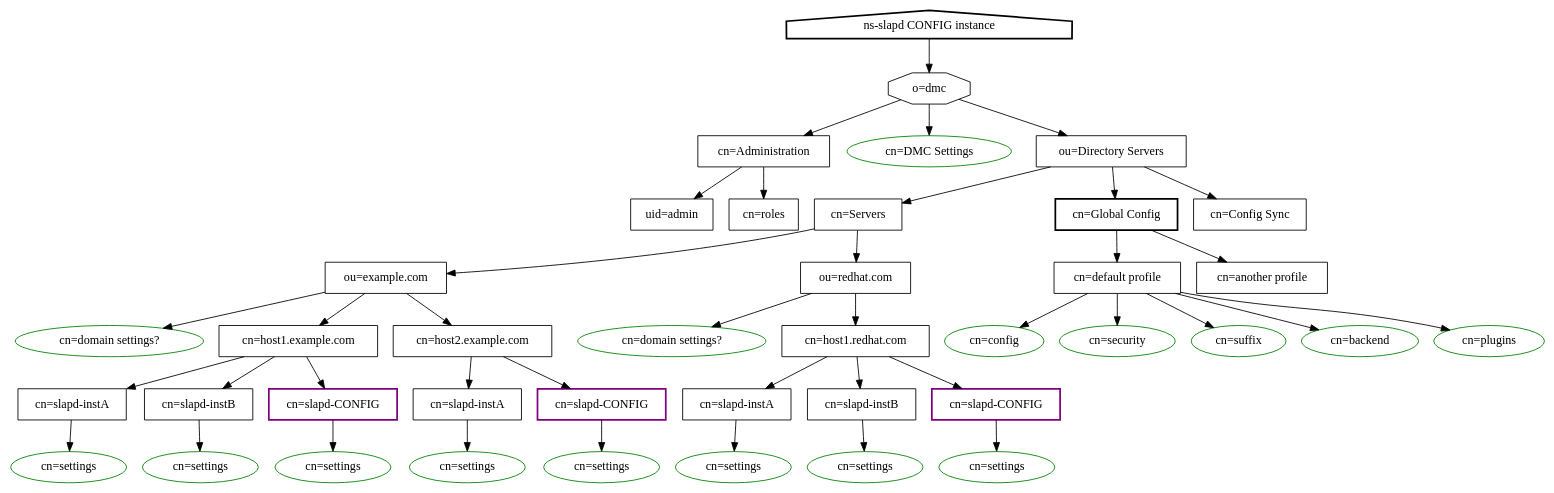
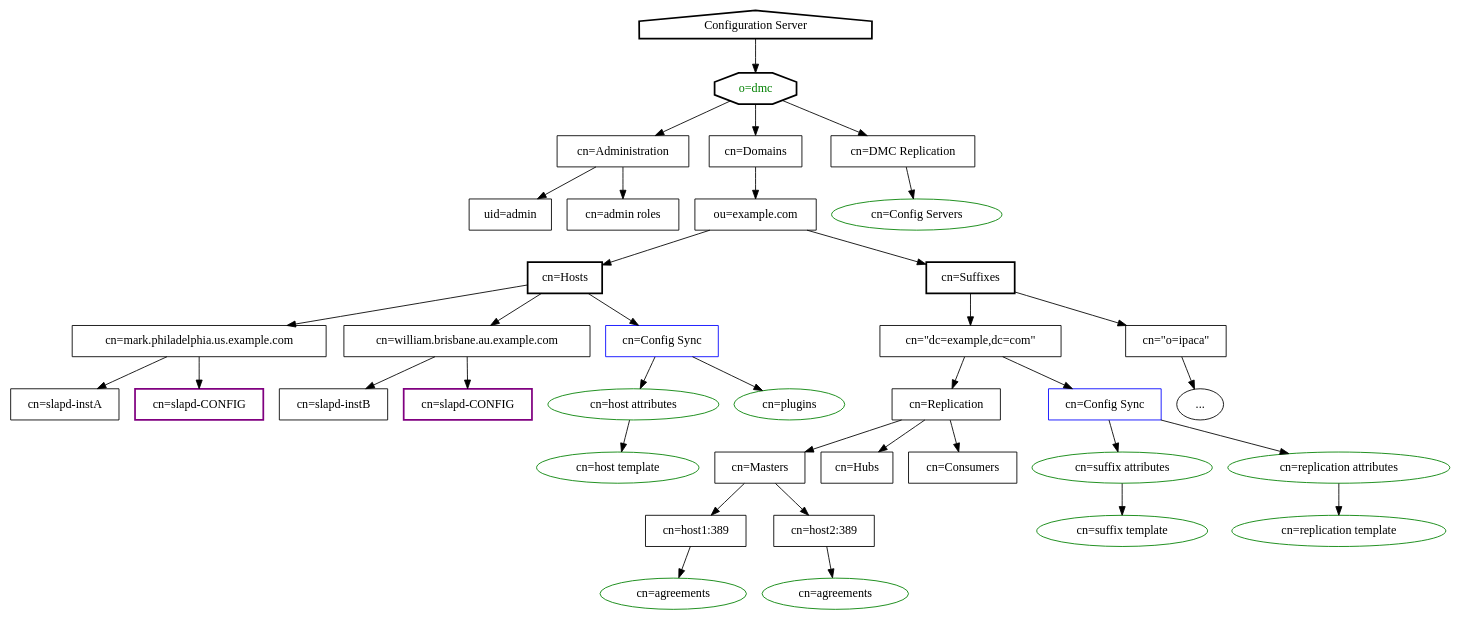
One commit to 389ds/389ds.github.io changed the diagram in images_src/marks_dmc_tree.dot. Above: the diagram before and after it, drawn with Graphviz. The commit also changed 2 other files, not shown here.

Commit message:
Updated Mark's new web ui design

```diff
--- a/images_src/marks_dmc_tree.dot
+++ b/images_src/marks_dmc_tree.dot
@@ -1,103 +1,114 @@
 digraph O_DMC {
-    root [label="ns-slapd CONFIG instance", shape=house, style=bold];
+    root [label="Configuration Server", shape=house, style=bold];
 
-    o_dmc [label="o=dmc", shape=octagon];
-    
+    o_dmc [label="o=dmc", shape=octagon, style=bold, fontcolor=green];
     cn_administration [label="cn=Administration", shape=record];
-    dmc_settings [label="cn=DMC Settings", shape=ellipse, color=green];
-    ou_servers [label="ou=Directory Servers", shape=record];
-    cn_servers [label="cn=Servers", shape=record];
-    cn_server_settings [label="cn=Global Config", shape=record, style=bold];
-    default_scheme [label="cn=default profile", shape=record];
-    custom_scheme [label="cn=another profile", shape=record];
-    global_config [label="cn=config", shape=ellipse, color=green];
-    global_security [label="cn=security", shape=ellipse, color=green];
-    global_suffix [label="cn=suffix", shape=ellipse, color=green];
-    global_backend [label="cn=backend", shape=ellipse, color=green];
-    global_plugins [label="cn=plugins", shape=ellipse, color=green];
-    ou_domain1 [label="ou=example.com", shape=record];
-    ou_domain2 [label="ou=redhat.com", shape=record];
-    ou_domain1_settings [label="cn=domain settings?", shape=ellipse, color=green];
-    ou_domain2_settings [label="cn=domain settings?", shape=ellipse, color=green];
+    cn_domains [label="cn=Domains", shape=record];
+    dmc_repl [label="cn=DMC Replication", shape=record];
+    dmc_repl_servers [label="cn=Config Servers", shape=ellipse, color=green];
 
-    cn_host1 [label="cn=host1.example.com", shape=record];
-    cn_host2 [label="cn=host2.example.com", shape=record];
-    cn_host3 [label="cn=host1.redhat.com", shape=record];
+    # Under Domains
+    cn_hosts [label="cn=Hosts", shape=record, style=bold];
+    cn_suffixes [label="cn=Suffixes", shape=record, style=bold];
+    cn_replication [label="cn=Replication", shape=record];
+
+    # Suffix
+    suffix1 [label="cn=\"dc=example,dc=com\"", shape=record];
+    suffix2 [label="cn=\"o=ipaca\"", shape=record];
+
+    # Hosts
+    ou_domain [label="ou=example.com", shape=record];
+    cn_host1 [label="cn=mark.philadelphia.us.example.com", shape=record];
+    cn_host2 [label="cn=william.brisbane.au.example.com", shape=record];
    
-    config_sync [label="cn=Config Sync", shape=record];
+    # Configuration
+    host_config_sync [label="cn=Config Sync", shape=record, color=blue];
+    suffix_config_sync [label="cn=Config Sync", shape=record, color=blue];
+
+    config_sync_host_attr [label="cn=host attributes", shape=ellipse, color=green];
+    config_sync_host [label="cn=host template", shape=ellipse, color=green];
+    config_sync_suffix_attr [label="cn=suffix attributes", shape=ellipse, color=green];
+    config_sync_suffix [label="cn=suffix template", shape=ellipse, color=green];
+    config_sync_repl_attr [label="cn=replication attributes", shape=ellipse, color=green];
+    config_sync_repl [label="cn=replication template", shape=ellipse, color=green];
+    config_sync_plugin [label="cn=plugins", shape=ellipse, color=green];
+
+    # Administration
     uid_admin [label="uid=admin", shape=record];
-    admin_role [label="cn=roles", shape=record];
+    admin_role [label="cn=admin roles", shape=record];
 
+    # Replication
+    cn_repl_masters [label="cn=Masters", shape=record];
+    cn_repl_hubs [label="cn=Hubs", shape=record];
+    cn_repl_consumers [label="cn=Consumers", shape=record];
+    cn_repl_inst1 [label="cn=host1:389", shape=record];
+    cn_repl_inst2 [label="cn=host2:389", shape=record];
+
+    # Instances
     cn_inst1 [label="cn=slapd-instA", shape=record];
     cn_inst2 [label="cn=slapd-instB", shape=record];
-    cn_inst3 [label="cn=slapd-instA", shape=record];
-    cn_inst4 [label="cn=slapd-instA", shape=record];
-    cn_inst5 [label="cn=slapd-instB", shape=record];
-
-    cn_inst1_settings [label="cn=settings", shape=ellipse, color=green];
-    cn_inst2_settings [label="cn=settings", shape=ellipse, color=green];
-    cn_inst3_settings [label="cn=settings", shape=ellipse, color=green];
-    cn_inst4_settings [label="cn=settings", shape=ellipse, color=green];
-    cn_inst5_settings [label="cn=settings", shape=ellipse, color=green];
+    cn_config_inst1 [label="cn=slapd-CONFIG", shape=record, color=purple, style=bold];
+    cn_config_inst2 [label="cn=slapd-CONFIG", shape=record, color=purple, style=bold];
 
 
-    cn_config_inst1 [label="cn=slapd-CONFIG", shape=record, color=purple, style=bold];
-    cn_config_inst2 [label="cn=slapd-CONFIG", shape=record, color=purple, style=bold];
-    cn_config_inst3 [label="cn=slapd-CONFIG", shape=record, color=purple, style=bold];
-    cn_config1_settings [label="cn=settings", shape=ellipse, color=green];
-    cn_config2_settings [label="cn=settings", shape=ellipse, color=green];
-    cn_config3_settings [label="cn=settings", shape=ellipse, color=green];
+    cn_inst1_agmt [label="cn=agreements", shape=ellipse, color=green];
+    cn_inst2_agmt [label="cn=agreements", shape=ellipse, color=green];
+
+    dotdotdot [label="...", shape=ellipse];
 
 
+    # Root Node
+    root -> o_dmc;
+    o_dmc -> cn_domains;
+    o_dmc -> cn_administration;
+    o_dmc -> dmc_repl;
+    dmc_repl -> dmc_repl_servers;
 
-    root -> o_dmc;
-    o_dmc -> cn_administration;
-    o_dmc -> dmc_settings;
-    o_dmc -> ou_servers;
-
+    # Admin Node
     cn_administration -> uid_admin;
     cn_administration -> admin_role;
 
-    ou_servers -> config_sync;
-    ou_servers -> cn_server_settings;
-    cn_server_settings -> default_scheme
-    cn_server_settings -> custom_scheme
+    # Domain Node
+    cn_domains -> ou_domain
+    ou_domain -> cn_suffixes;
+    ou_domain -> cn_hosts;
 
-    default_scheme -> global_config;
-    default_scheme -> global_security
-    default_scheme -> global_suffix;
-    default_scheme -> global_backend;
-    default_scheme -> global_plugins;
+    # Suffixes
+    cn_suffixes -> suffix1;
+    cn_suffixes -> suffix2;
+    suffix1 -> suffix_config_sync
+    suffix1 -> cn_replication
+    suffix2 -> dotdotdot
 
-    ou_servers -> cn_servers;
-    cn_servers -> ou_domain1;
-    cn_servers -> ou_domain2;
+    # Hosts
+    cn_hosts -> cn_host1;
+    cn_hosts -> cn_host2;
+    cn_hosts -> host_config_sync;
+    host_config_sync -> config_sync_plugin;
 
-    ou_domain1 -> ou_domain1_settings;
-    ou_domain2 -> ou_domain2_settings;
-
-    ou_domain1 -> cn_host1;
-    ou_domain1 -> cn_host2;
-    ou_domain2 -> cn_host3;
-
+    # Instances
     cn_host1 -> cn_inst1;
-    cn_host1 -> cn_inst2;
     cn_host1 -> cn_config_inst1;
-    cn_config_inst1 -> cn_config1_settings;
-
-    cn_host2 -> cn_inst3;
+    cn_host2 -> cn_inst2;
     cn_host2 -> cn_config_inst2;
-    cn_config_inst2 -> cn_config2_settings;
-
-    cn_host3 -> cn_inst4;
-    cn_host3 -> cn_inst5;
-    cn_host3 -> cn_config_inst3;
-    cn_config_inst3 -> cn_config3_settings;
 
 
-    cn_inst1 -> cn_inst1_settings;
-    cn_inst2 -> cn_inst2_settings;
-    cn_inst3 -> cn_inst3_settings;
-    cn_inst4 -> cn_inst4_settings;
-    cn_inst5 -> cn_inst5_settings;
+    # Replication
+    cn_replication -> cn_repl_masters;
+    cn_replication -> cn_repl_hubs;
+    cn_replication -> cn_repl_consumers;
+    cn_repl_masters -> cn_repl_inst1;
+    cn_repl_masters -> cn_repl_inst2;
+    cn_repl_inst1 -> cn_inst1_agmt;
+    cn_repl_inst2 -> cn_inst2_agmt;
+
+    # Configuration
+    host_config_sync -> config_sync_host_attr;
+    config_sync_host_attr -> config_sync_host;
+
+    suffix_config_sync -> config_sync_suffix_attr;
+    config_sync_suffix_attr -> config_sync_suffix;
+    suffix_config_sync-> config_sync_repl_attr;
+    config_sync_repl_attr -> config_sync_repl;
+
 }
```
